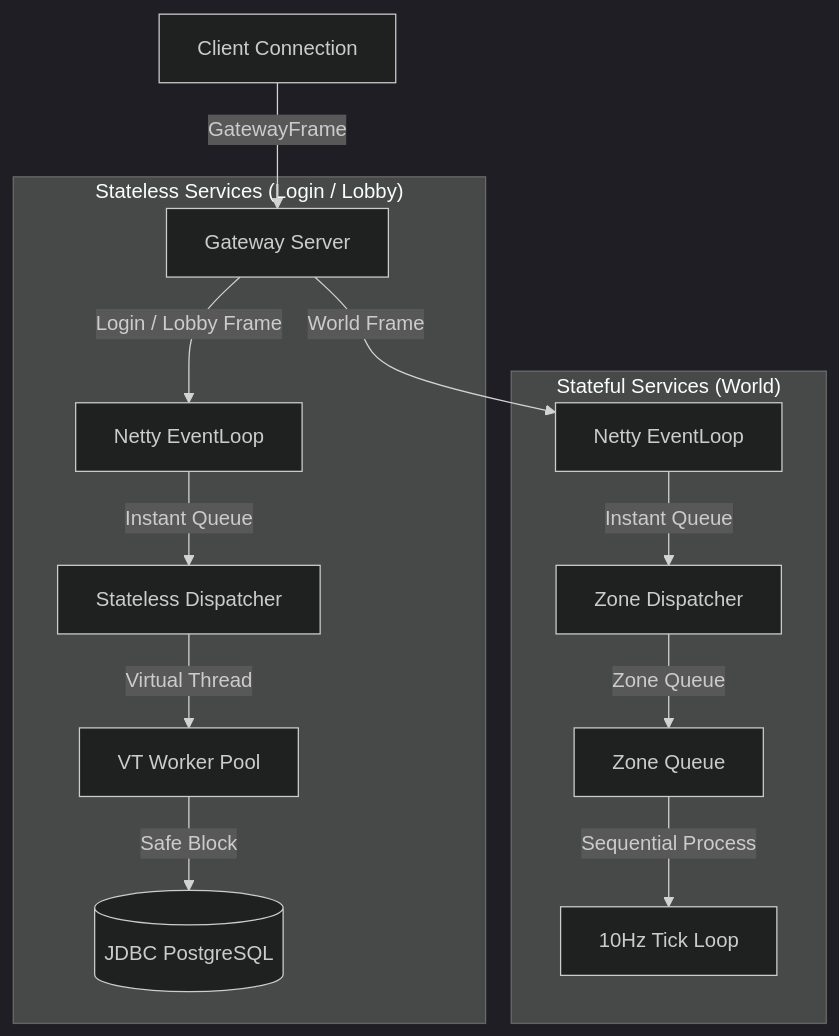
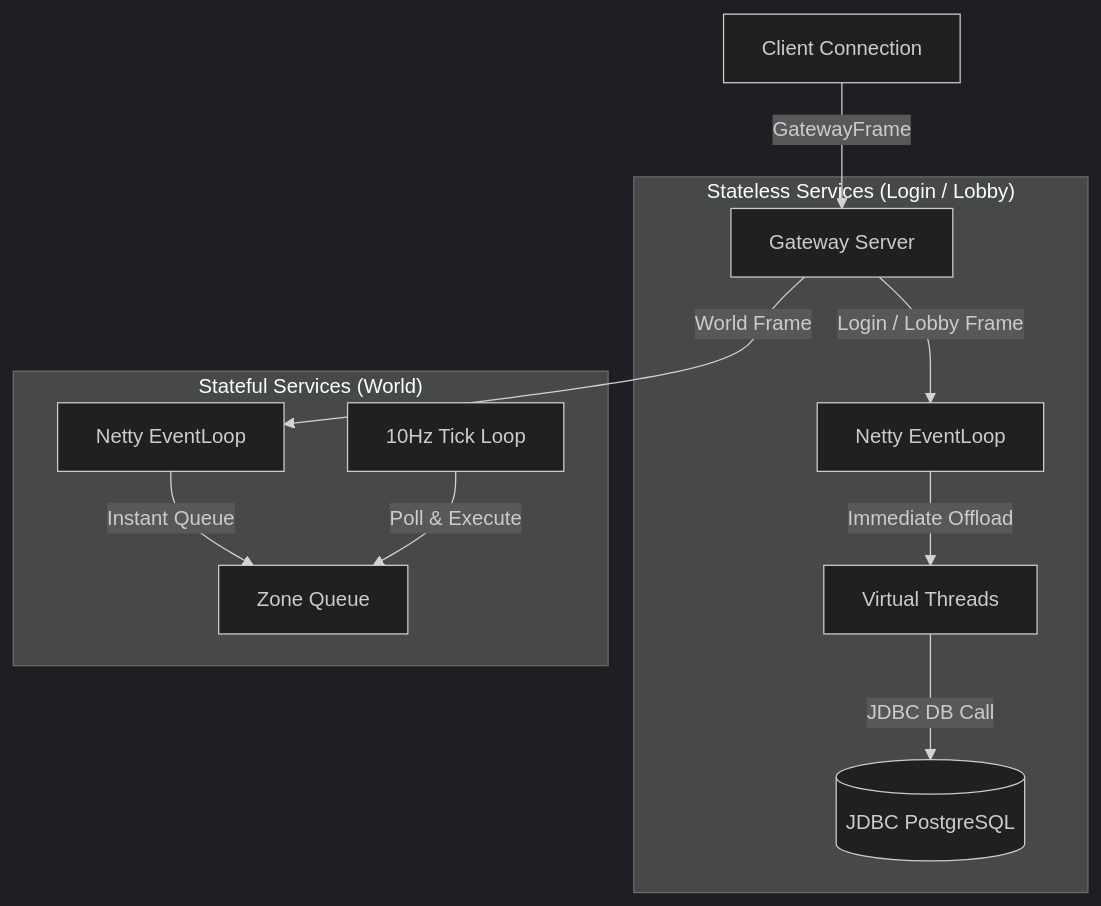
The diagram in analysis_results.md (TheStackTraceWhisperer/catalyst), drawn with Mermaid (dark theme) before and after one commit.

Commit message:
docs: simplify and correct service execution flows in mermaid diagram

````diff
--- a/analysis_results.md
+++ b/analysis_results.md
@@ -29,18 +29,16 @@
 ```mermaid
 graph TD
     Client["Client Connection"] -->|GatewayFrame| GW["Gateway Server"]
     
     subgraph "Stateless Services (Login / Lobby)"
         GW -->|Login / Lobby Frame| NettyStateless["Netty EventLoop"]
-        NettyStateless -->|Instant Queue| DispStateless["Stateless Dispatcher"]
-        DispStateless -->|Virtual Thread| VT["VT Worker Pool"]
-        VT -->|Safe Block| DB[("JDBC PostgreSQL")]
+        NettyStateless -->|Immediate Offload| VT["Virtual Threads"]
+        VT -->|JDBC DB Call| DB[("JDBC PostgreSQL")]
     end
 
     subgraph "Stateful Services (World)"
         GW -->|World Frame| NettyStateful["Netty EventLoop"]
-        NettyStateful -->|Instant Queue| DispStateful["Zone Dispatcher"]
-        DispStateful -->|Zone Queue| Queue["Zone Queue"]
-        Queue -->|Sequential Process| Loop["10Hz Tick Loop"]
+        NettyStateful -->|Instant Queue| Queue["Zone Queue"]
+        Loop["10Hz Tick Loop"] -->|Poll & Execute| Queue
     end
 ```
````
